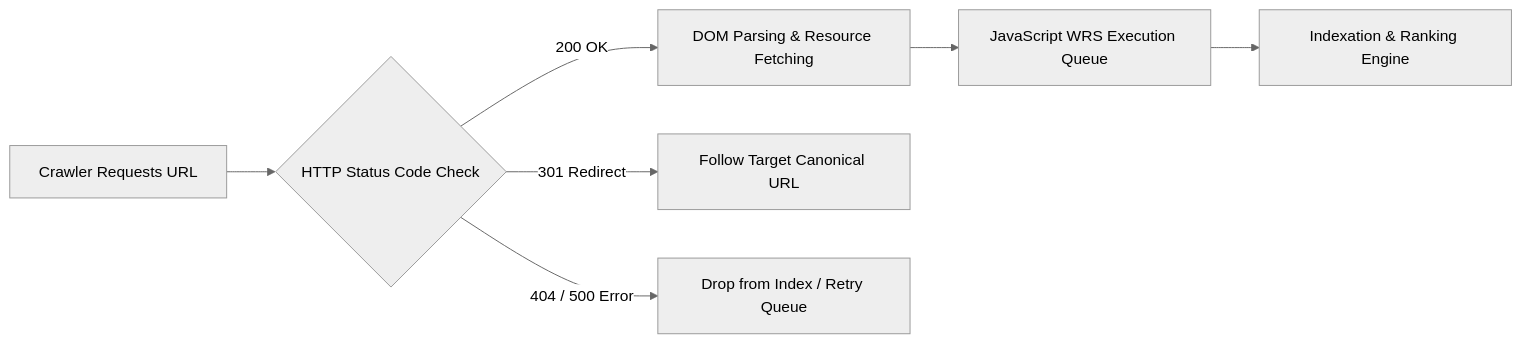
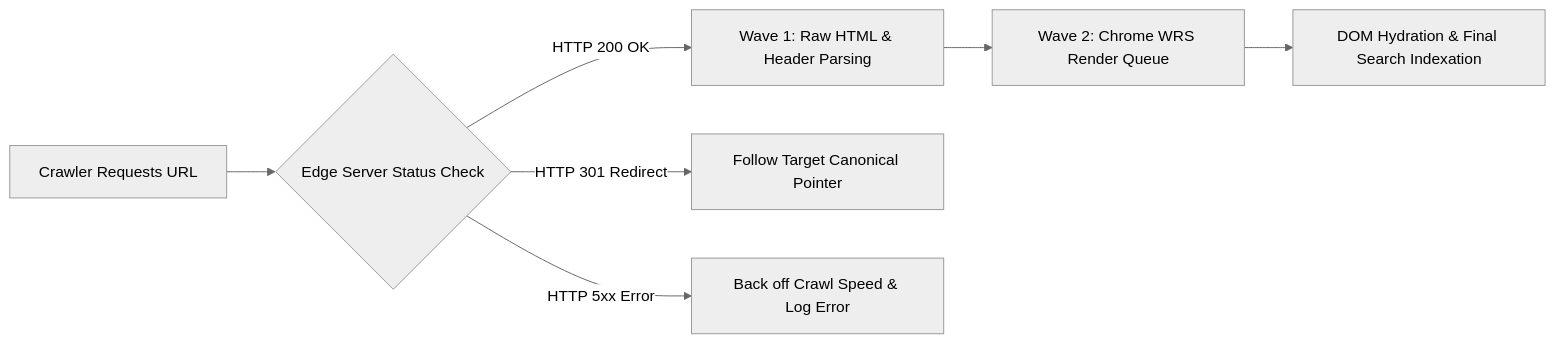
The diagram in technical-seo/README.md (seoerai/seo), drawn with Mermaid (neutral theme) before and after one commit. The commit also changed other lines of this file and 3 other files, not shown here.

Commit message:
style: revamp publics/seo with SEOER.AI Lab Spec theme and AI-native architecture

````diff
--- a/technical-seo/README.md
+++ b/technical-seo/README.md
@@ -11,9 +11,9 @@
 ```mermaid
 flowchart LR
-    A[Crawler Requests URL] --> B{HTTP Status Code Check}
-    B -->|200 OK| C[DOM Parsing & Resource Fetching]
-    B -->|301 Redirect| D[Follow Target Canonical URL]
-    B -->|404 / 500 Error| E[Drop from Index / Retry Queue]
-    C --> F[JavaScript WRS Execution Queue]
-    F --> G[Indexation & Ranking Engine]
+    A[Crawler Requests URL] --> B{Edge Server Status Check}
+    B -->|HTTP 200 OK| C[Wave 1: Raw HTML & Header Parsing]
+    B -->|HTTP 301 Redirect| D[Follow Target Canonical Pointer]
+    B -->|HTTP 5xx Error| E[Back off Crawl Speed & Log Error]
+    C --> F[Wave 2: Chrome WRS Render Queue]
+    F --> G[DOM Hydration & Final Search Indexation]
 ```
````
